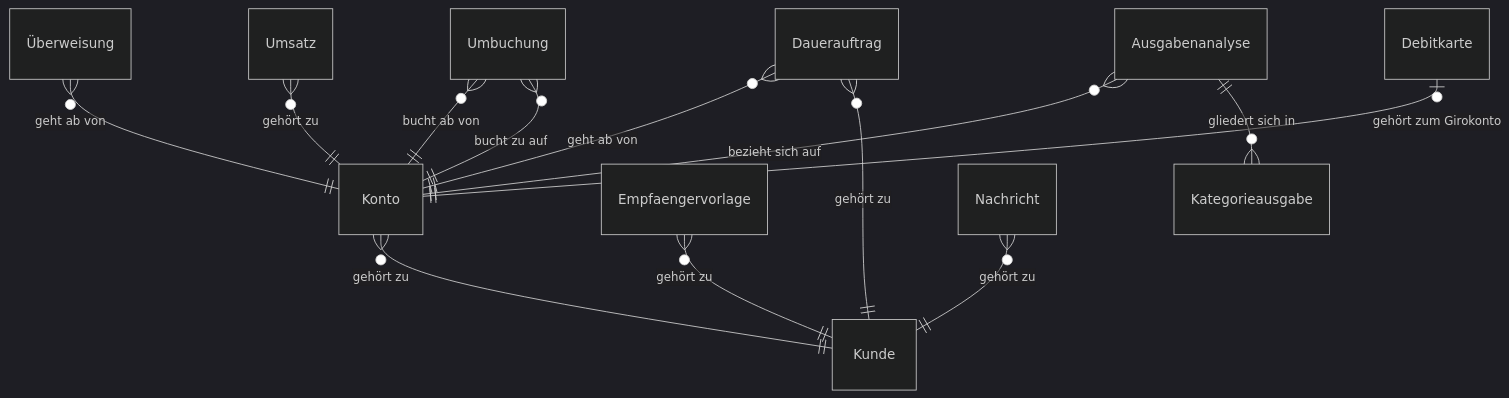
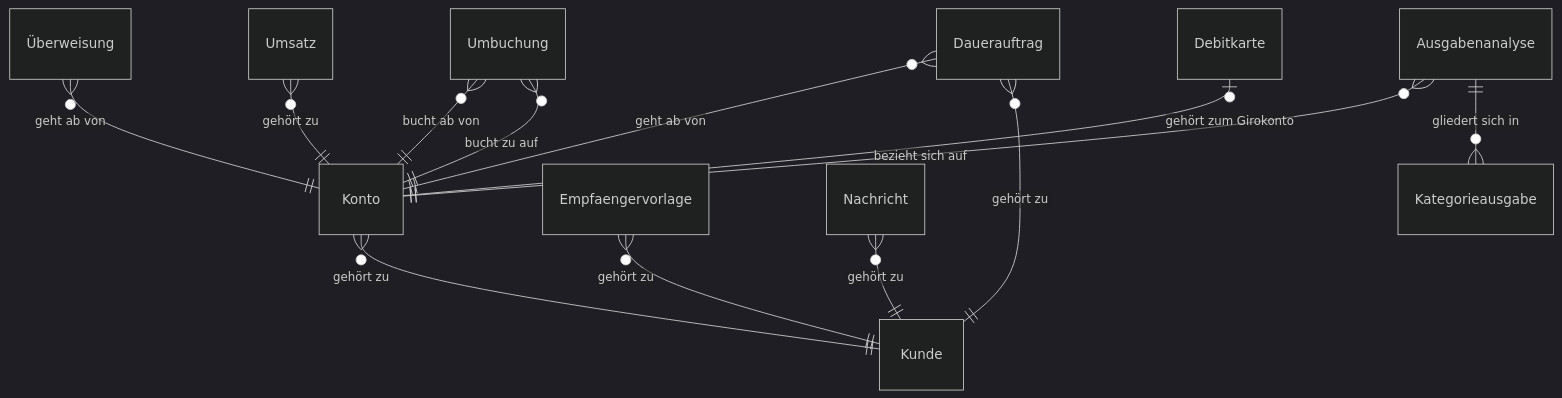
Before and after one commit to dakn85/online-banking: the diagram in docs/entity_model.md, drawn with Mermaid (dark theme). The commit also changed other lines of this file and 2 other files, not shown here.

First line of the commit message:
PK-61: KI-Vorschlag übernommen: UC-022: Endpunkt Rückgabe, Schema Rueckgabe und Umsatz-Felder wiederherstellen

````diff
--- a/docs/entity_model.md
+++ b/docs/entity_model.md
@@ -5,15 +5,15 @@
 ```mermaid
 erDiagram
     Konto }o--|| Kunde : "gehört zu"
     "Überweisung" }o--|| Konto : "geht ab von"
     Umsatz }o--|| Konto : "gehört zu"
     Empfaengervorlage }o--|| Kunde : "gehört zu"
     Umbuchung }o--|| Konto : "bucht ab von"
     Umbuchung }o--|| Konto : "bucht zu auf"
     Dauerauftrag }o--|| Konto : "geht ab von"
     Dauerauftrag }o--|| Kunde : "gehört zu"
+    Nachricht }o--|| Kunde : "gehört zu"
     Ausgabenanalyse }o--|| Konto : "bezieht sich auf"
     Ausgabenanalyse ||--o{ Kategorieausgabe : "gliedert sich in"
     Debitkarte |o--|| Konto : "gehört zum Girokonto"
-    Nachricht }o--|| Kunde : "gehört zu"
 ```
````
